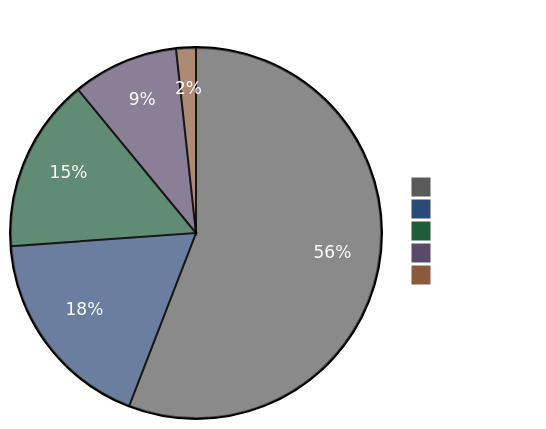
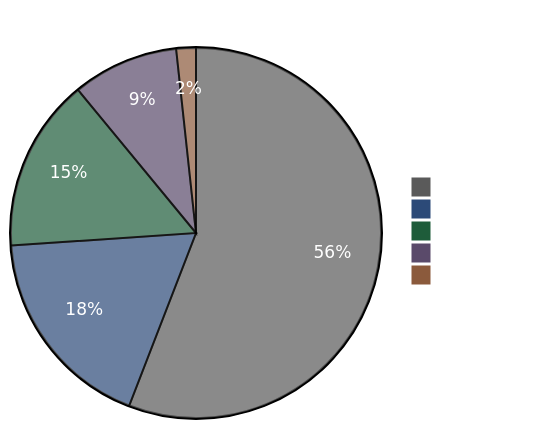
Before and after one commit to ccmeteorljh/reco-arxiv-daily: the diagram in README.md, drawn with Mermaid. The commit also changed other lines of this file and 7 other files, not shown here.

````diff
--- a/README.md
+++ b/README.md
@@ -6,19 +6,19 @@
 ```mermaid
 %%{init: {'theme':'base', 'themeVariables': {
   'pie1':'#5a5a5a',
   'pie2':'#2c4a78',
   'pie3':'#1e5c3a',
   'pie4':'#5a4a6a',
   'pie5':'#8b5a3c',
   'pieTitleTextColor':'#ffffff',
   'pieSectionTextColor':'#ffffff',
   'pieLegendTextColor':'#ffffff'
 }}}%%
 pie showData
 title Paper Distribution by Tag
-  "Other" : 714
-  "LLM" : 230
+  "Other" : 718
+  "LLM" : 232
   "GR" : 194
-  "Seq" : 118
+  "Seq" : 119
   "Scaling" : 22
 ```
````
